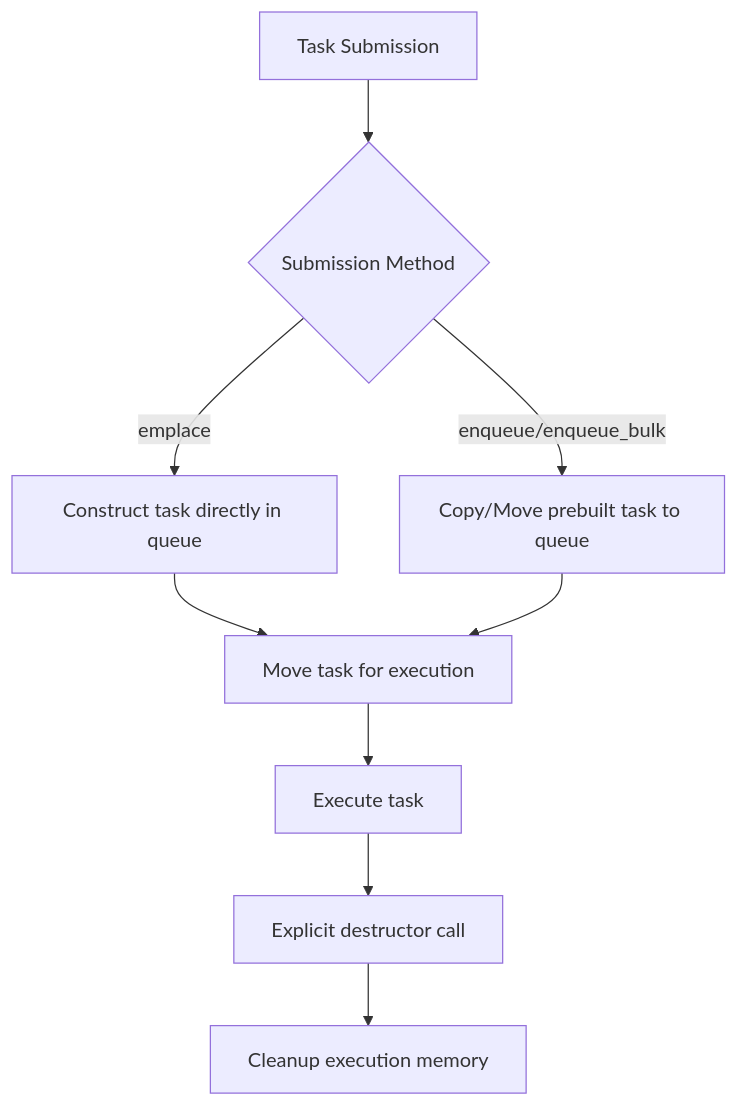
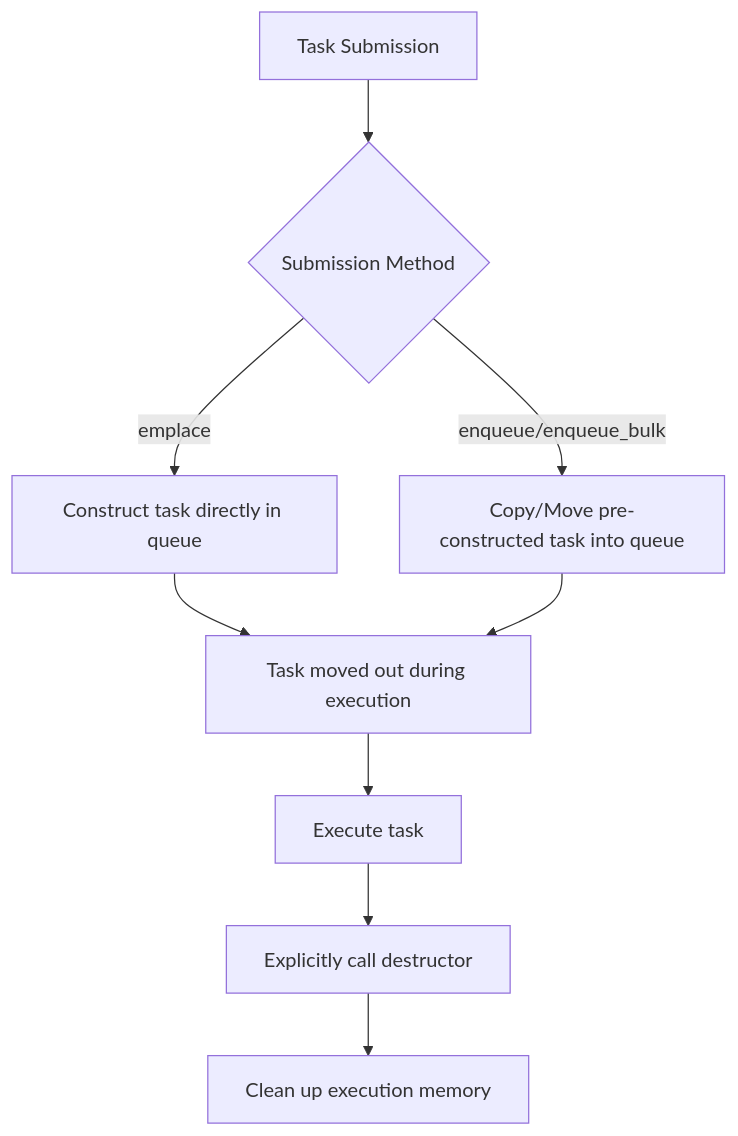
Before and after one commit to HSLL175848494/ThreadPool: the first of 2 diagrams in README.en.md, drawn with Mermaid. The commit also changed other lines of this file and 5 other files, not shown here.

````diff
--- a/README.en.md
+++ b/README.en.md
@@ -103,13 +120,13 @@
 ```mermaid
 graph TD
     A[Task Submission] --> B{Submission Method}
     B -->|emplace| C[Construct task directly in queue]
-    B -->|enqueue/enqueue_bulk| D[Copy/Move prebuilt task to queue]
+    B -->|enqueue/enqueue_bulk| D[Copy/Move pre-constructed task into queue]
     
-    C --> E[Move task for execution]
+    C --> E[Task moved out during execution]
     D --> E
     
     E --> F[Execute task]
-    F --> G[Explicit destructor call]
-    G --> H[Cleanup execution memory]
+    F --> G[Explicitly call destructor]
+    G --> H[Clean up execution memory]
 ```
````
